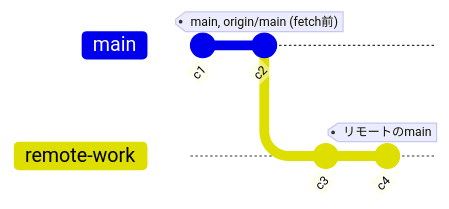
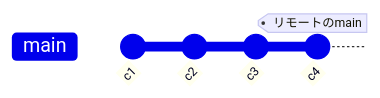
One commit to suwa-sh/zenn-contents changed diagram 12 of 36 in articles/git_20250824.md. Above: the diagram before and after it, drawn with Mermaid. The commit also changed other lines of this file, not shown here.

````diff
--- a/articles/git_20250824.md
+++ b/articles/git_20250824.md
@@ -308,9 +318,7 @@
-    ```mermaid
-    gitGraph
-       commit id: "c1"
-       commit id: "c2" tag: "main, origin/main (fetch前)"
-       branch remote-work
-       checkout remote-work
-       commit id: "c3"
-       commit id: "c4" tag: "リモートのmain"
-    ```
+        ```mermaid
+        gitGraph
+            commit id: "c1"
+            commit id: "c2"
+            commit id: "c3"
+            commit id: "c4" tag: "リモートのmain"
+        ```
````
